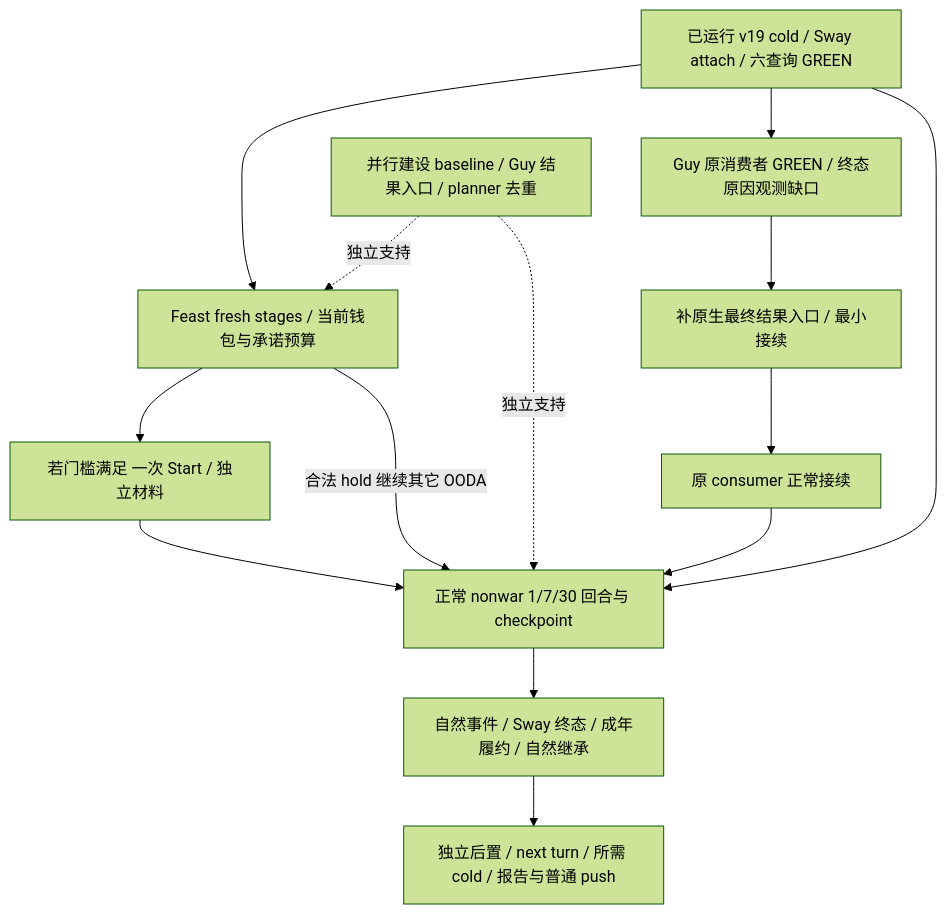
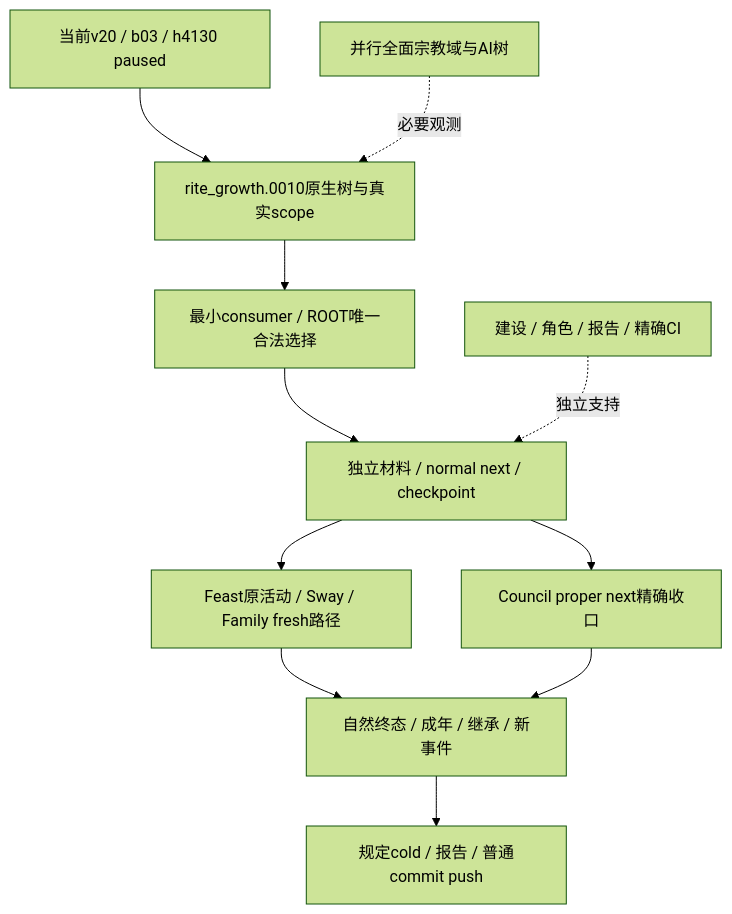
The diagram in docs/handover/2026-10-02-g2-robert-current-state-action-plan.md (XenoAmess/ck3_eternal_recurrence), drawn with Mermaid (forest theme) before and after one commit. The commit also changed other lines of this file and 69 other files, not shown here.

````diff
--- a/docs/handover/2026-10-02-g2-robert-current-state-action-plan.md
+++ b/docs/handover/2026-10-02-g2-robert-current-state-action-plan.md
@@ -79,16 +76,13 @@
 ```mermaid
 flowchart TD
-    A[已运行 v19 cold / Sway attach / 六查询 GREEN] --> E[Feast fresh stages / 当前钱包与承诺预算]
-    A --> D[Guy 原消费者 GREEN / 终态原因观测缺口]
-    A --> I[正常 nonwar 1/7/30 回合与 checkpoint]
-    D --> F[补原生最终结果入口 / 最小接续]
-    E --> G[若门槛满足 一次 Start / 独立材料]
-    E -->|合法 hold 继续其它 OODA| I
-    F --> H[原 consumer 正常接续]
-    G --> I
-    H --> I
-    I --> J[自然事件 / Sway 终态 / 成年履约 / 自然继承]
-    K[并行建设 baseline / Guy 结果入口 / planner 去重] -. 独立支持 .-> E
-    K -. 独立支持 .-> I
-    J --> L[独立后置 / next turn / 所需 cold / 报告与普通 push]
+    A[当前v20 / b03 / h4130 paused] --> B[rite_growth.0010原生树与真实scope]
+    R[并行全面宗教域与AI树] -. 必要观测 .-> B
+    B --> C[最小consumer / ROOT唯一合法选择]
+    C --> D[独立材料 / normal next / checkpoint]
+    D --> E[Feast原活动 / Sway / Family fresh路径]
+    D --> F[Council proper next精确收口]
+    E --> G[自然终态 / 成年 / 继承 / 新事件]
+    F --> G
+    K[建设 / 角色 / 报告 / 精确CI] -. 独立支持 .-> D
+    G --> H[规定cold / 报告 / 普通commit push]
 ```
````
